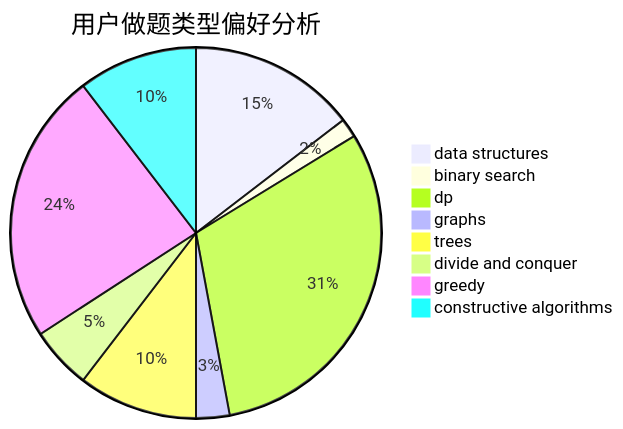
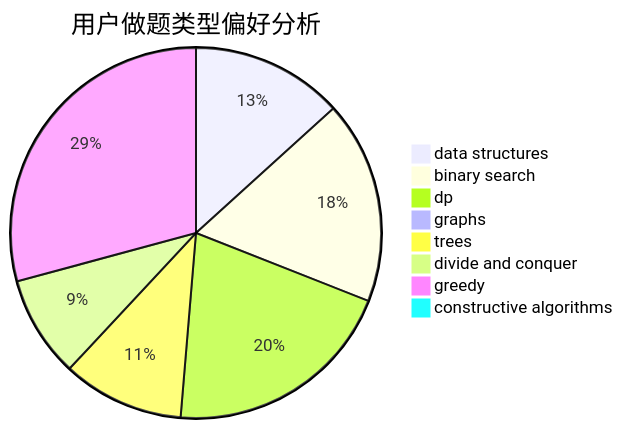
The second of 3 diagrams in docs/user/u2522.md (sherpahu/cfrs.github.io), drawn with Mermaid before and after one commit. The commit also changed other lines of this file and 2770 other files, not shown here.

````diff
--- a/docs/user/u2522.md
+++ b/docs/user/u2522.md
@@ -23,11 +23,11 @@
 ```mermaid
 pie title 用户做题类型偏好分析
-    "data structures" :  35
-    "binary search" :  4
-    "dp" :  74
-    "graphs" :  7
-    "trees" :  25
-    "divide and conquer" :  13
-    "greedy" :  57
-    "constructive algorithms" :  25
+    "data structures" :  15
+    "binary search" :  20
+    "dp" :  23
+    "graphs" :  0
+    "trees" :  12
+    "divide and conquer" :  10
+    "greedy" :  33
+    "constructive algorithms" :  0
 ```
````
